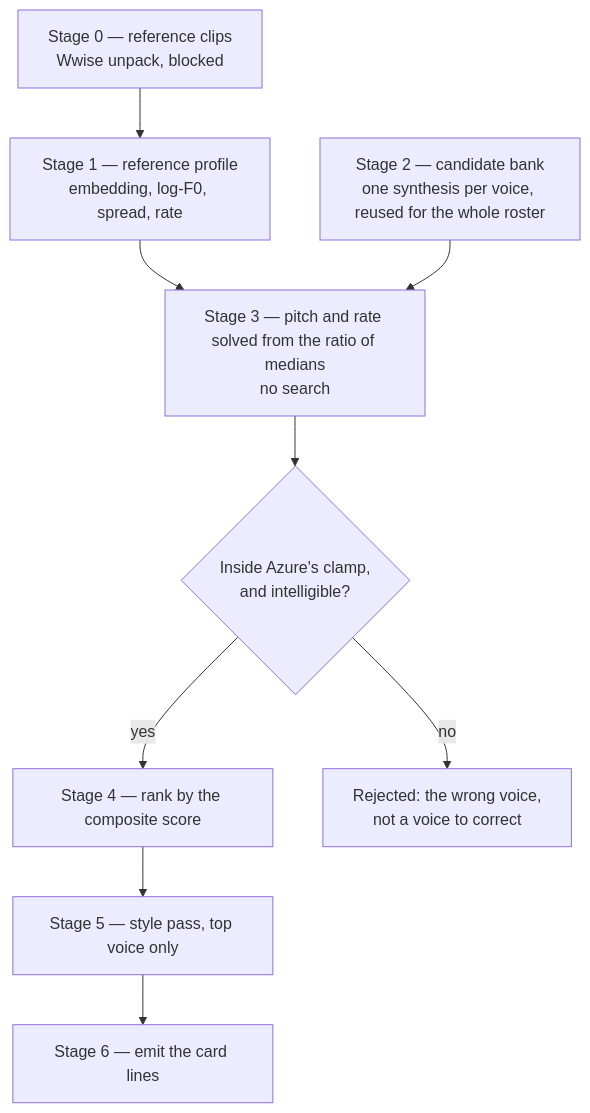
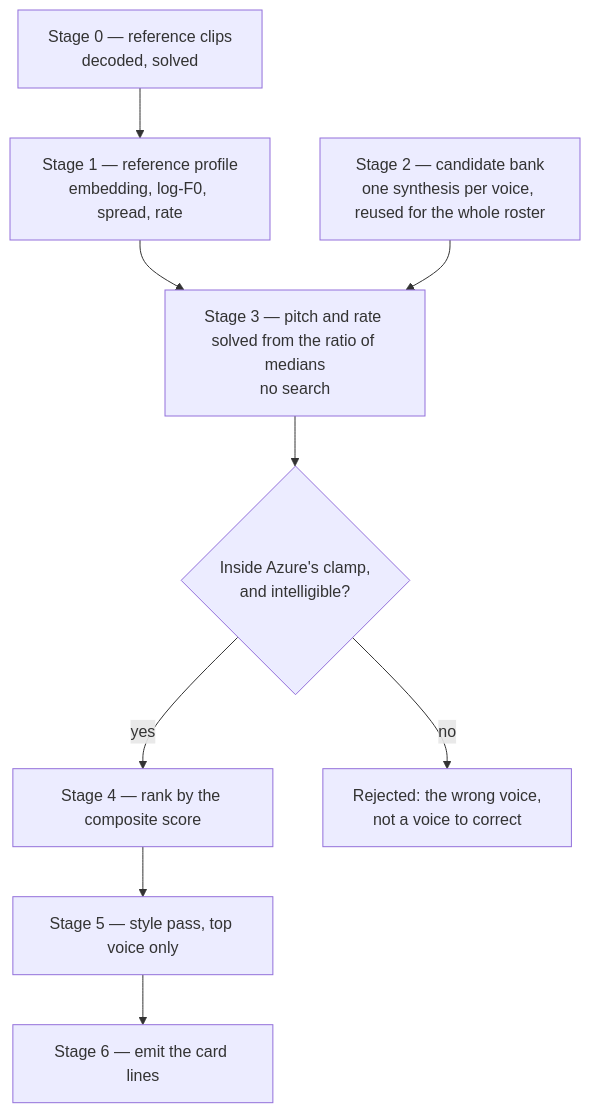
Before and after one commit to Esposter/Esposter: the second of 3 diagrams in apps/web/content/docs/proposals/infra/voice-match-benchmark.md, drawn with Mermaid. The commit also changed other lines of this file and 3 other files, not shown here.

````diff
--- a/apps/web/content/docs/proposals/infra/voice-match-benchmark.md
+++ b/apps/web/content/docs/proposals/infra/voice-match-benchmark.md
@@ -42,20 +88,20 @@
 ```mermaid
 flowchart TD
-    Extract["Stage 0 — reference clips<br/>Wwise unpack, blocked"]
+    Extract["Stage 0 — reference clips<br/>decoded, solved"]
     Profile["Stage 1 — reference profile<br/>embedding, log-F0, spread, rate"]
     Bank["Stage 2 — candidate bank<br/>one synthesis per voice, reused for the whole roster"]
     Solve["Stage 3 — pitch and rate solved from the ratio of medians<br/>no search"]
     Gate{"Inside Azure's clamp,<br/>and intelligible?"}
     Rank["Stage 4 — rank by the composite score"]
     Style["Stage 5 — style pass, top voice only"]
     Emit["Stage 6 — emit the card lines"]
     Drop["Rejected: the wrong voice,<br/>not a voice to correct"]
 
     Extract --> Profile
     Profile --> Solve
     Bank --> Solve
     Solve --> Gate
     Gate -- no --> Drop
     Gate -- yes --> Rank
     Rank --> Style --> Emit
 ```
````
